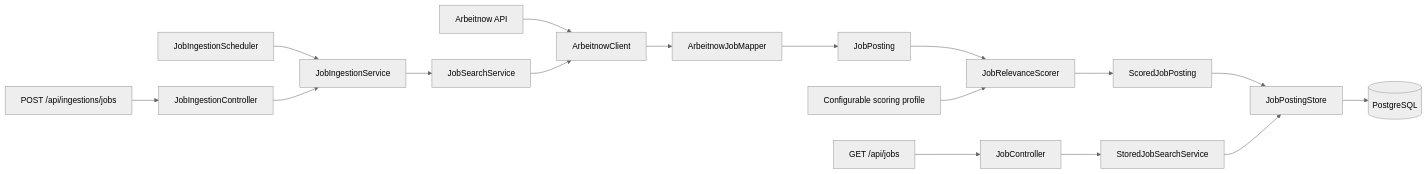
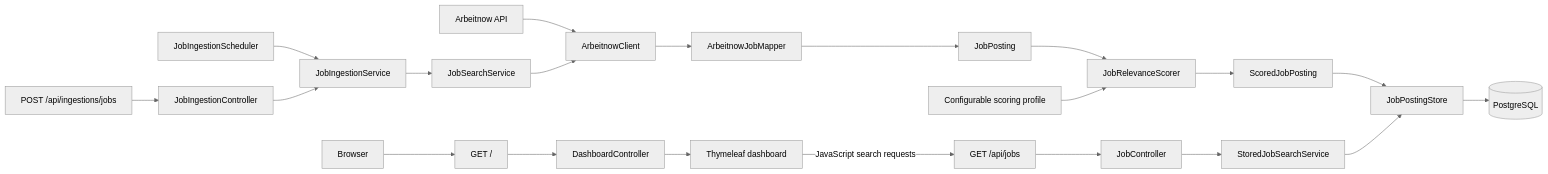
The diagram in README.md (saveriobutright/JobRadar), drawn with Mermaid (neutral theme) before and after one commit. The commit also changed other lines of this file and 9 other files, not shown here.

Commit message:
Add responsive job search dashboard (#5)

````diff
--- a/README.md
+++ b/README.md
@@ -40,23 +45,27 @@
 ```mermaid
 flowchart LR
     A[Arbeitnow API] --> B[ArbeitnowClient]
     B --> C[ArbeitnowJobMapper]
     C --> D[JobPosting]
 
     E[JobSearchService] --> B
     F["POST /api/ingestions/jobs"] --> G[JobIngestionController]
     H[JobIngestionScheduler] --> I[JobIngestionService]
     G --> I
     I --> E
 
     D --> J[JobRelevanceScorer]
     K[Configurable scoring profile] --> J
     J --> L[ScoredJobPosting]
     L --> M[JobPostingStore]
 
     N["GET /api/jobs"] --> O[JobController]
     O --> P[StoredJobSearchService]
     P --> M
+    M --> Q[(PostgreSQL)]
 
-    M --> Q[(PostgreSQL)]
+    R[Browser] --> S["GET /"]
+    S --> T[DashboardController]
+    T --> U[Thymeleaf dashboard]
+    U -->|JavaScript search requests| N
 ```
````
